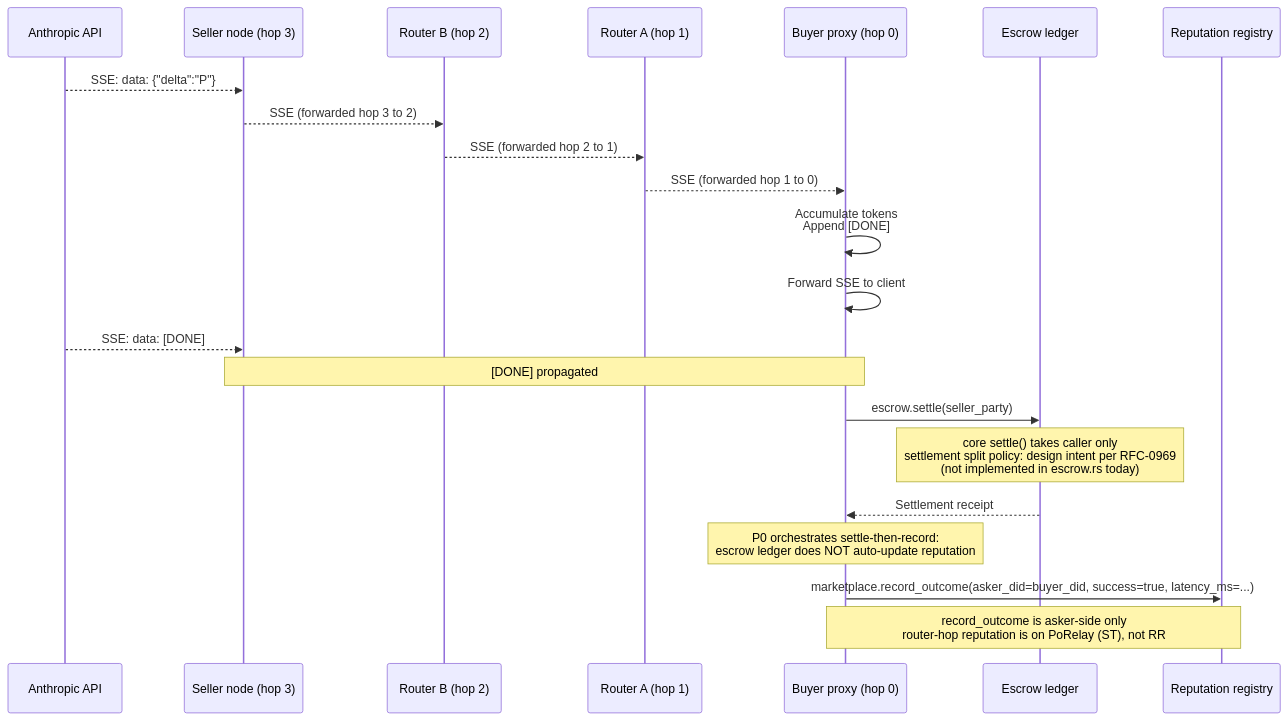
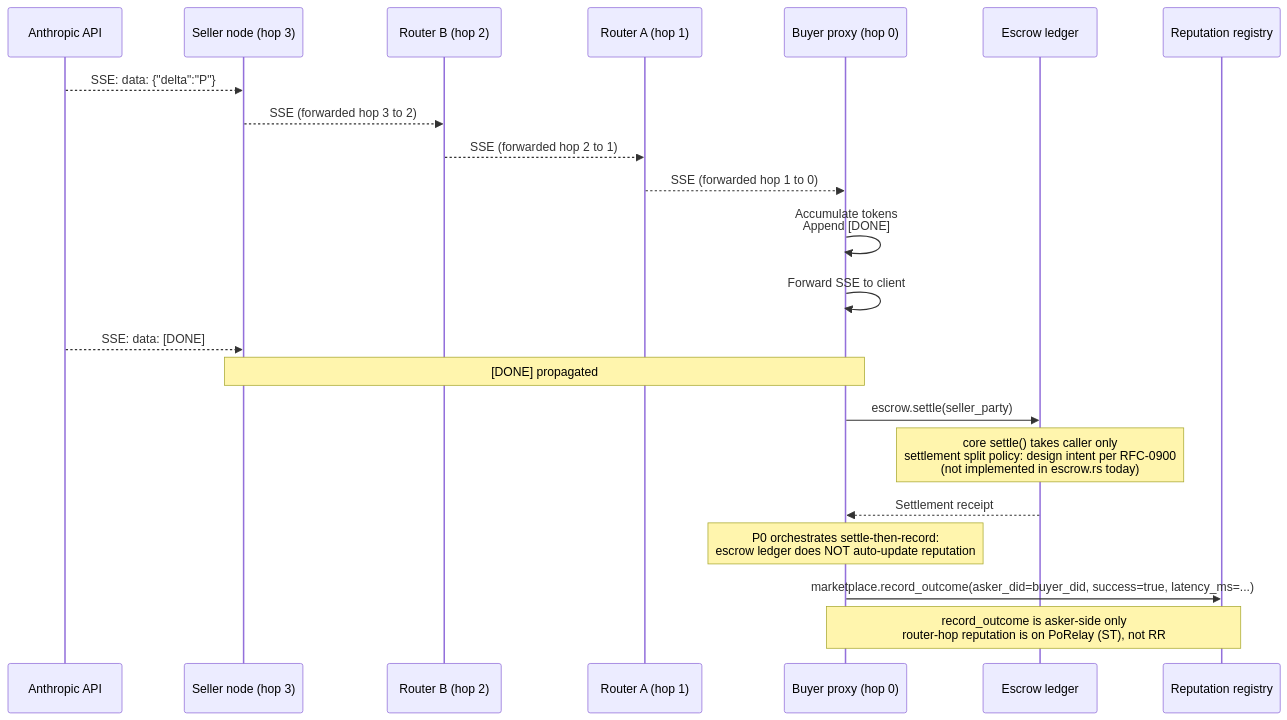
One commit to CipherOcto/cipherocto changed the tenth of 14 diagrams in docs/architecture/end-to-end-scenarios.md. Above: the diagram before and after it, drawn with Mermaid. The commit also changed other lines of this file, not shown here.

````diff
--- a/docs/architecture/end-to-end-scenarios.md
+++ b/docs/architecture/end-to-end-scenarios.md
@@ -579,27 +578,27 @@
 ```mermaid
 sequenceDiagram
     participant ANT as Anthropic API
     participant SN as Seller node (hop 3)
     participant P2 as Router B (hop 2)
     participant P1 as Router A (hop 1)
     participant P0 as Buyer proxy (hop 0)
     participant E as Escrow ledger
     participant RR as Reputation registry
 
     ANT-->>SN: SSE: data: {"delta":"P"}
     SN-->>P2: SSE (forwarded hop 3 to 2)
     P2-->>P1: SSE (forwarded hop 2 to 1)
     P1-->>P0: SSE (forwarded hop 1 to 0)
     P0->>P0: Accumulate tokens<br/>Append [DONE]
     P0->>P0: Forward SSE to client
 
     ANT-->>SN: SSE: data: [DONE]
     Note over SN,P0: [DONE] propagated
 
     P0->>E: escrow.settle(seller_party)
-    Note over E: core settle() takes caller only<br/>settlement split policy: design intent per RFC-0969<br/>(not implemented in escrow.rs today)
+    Note over E: core settle() takes caller only<br/>settlement split policy: design intent per RFC-0900<br/>(not implemented in escrow.rs today)
     E-->>P0: Settlement receipt
     Note over P0: P0 orchestrates settle-then-record:<br/>escrow ledger does NOT auto-update reputation
     P0->>RR: marketplace.record_outcome(asker_did=buyer_did, success=true, latency_ms=...)
     Note over P0,RR: record_outcome is asker-side only<br/>router-hop reputation is on PoRelay (ST), not RR
 ```
````
